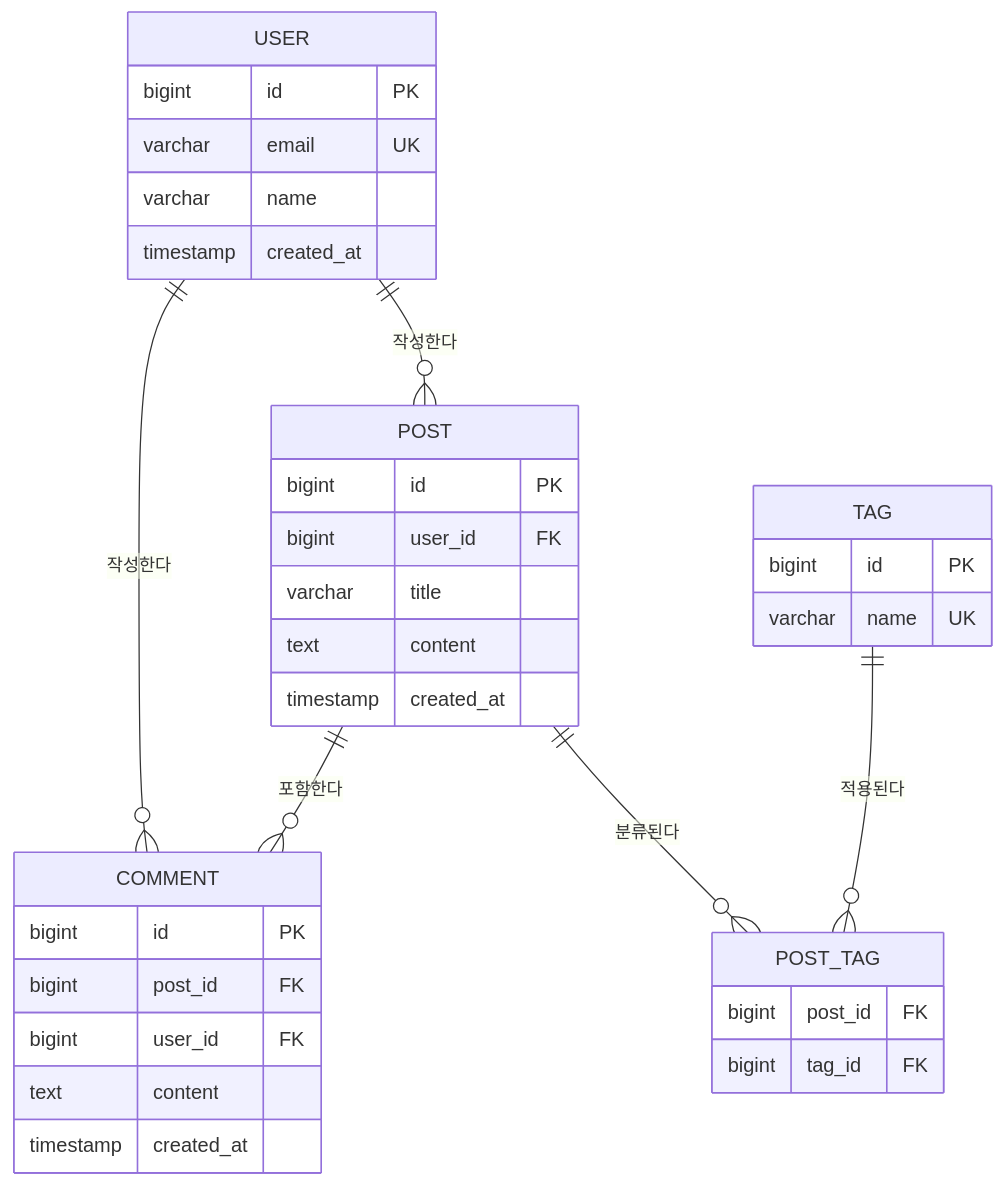
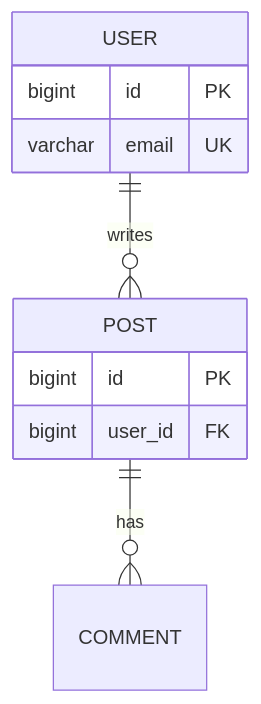
The diagram in agents/plan_db_modeler.md (MAHT1990/agents_and_skills), drawn with Mermaid before and after one commit. The commit also changed other lines of this file and 15 other files, not shown here.

````diff
--- a/agents/plan_db_modeler.md
+++ b/agents/plan_db_modeler.md
@@ -77,37 +65,9 @@
 ```mermaid
 erDiagram
-    USER {
-        bigint id PK
-        varchar email UK
-        varchar name
-        timestamp created_at
-    }
-    POST {
-        bigint id PK
-        bigint user_id FK
-        varchar title
-        text content
-        timestamp created_at
-    }
-    COMMENT {
-        bigint id PK
-        bigint post_id FK
-        bigint user_id FK
-        text content
-        timestamp created_at
-    }
-    TAG {
-        bigint id PK
-        varchar name UK
-    }
-    POST_TAG {
-        bigint post_id FK
-        bigint tag_id FK
-    }
-
-    USER ||--o{ POST : "작성한다"
-    USER ||--o{ COMMENT : "작성한다"
-    POST ||--o{ COMMENT : "포함한다"
-    POST ||--o{ POST_TAG : "분류된다"
-    TAG ||--o{ POST_TAG : "적용된다"
+    USER ||--o{ POST : writes
+    POST ||--o{ COMMENT : has
+    USER { bigint id PK
+           varchar email UK }
+    POST { bigint id PK
+           bigint user_id FK }
 ```
````
